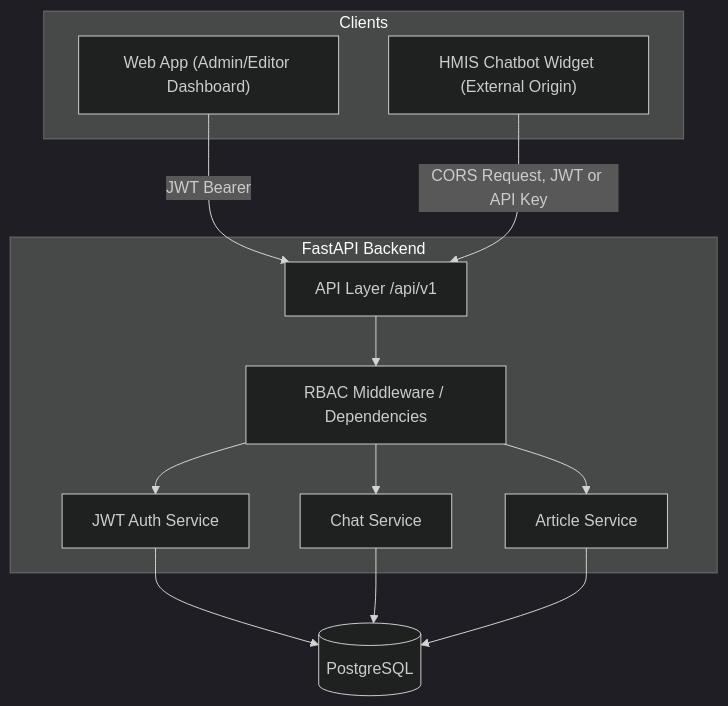
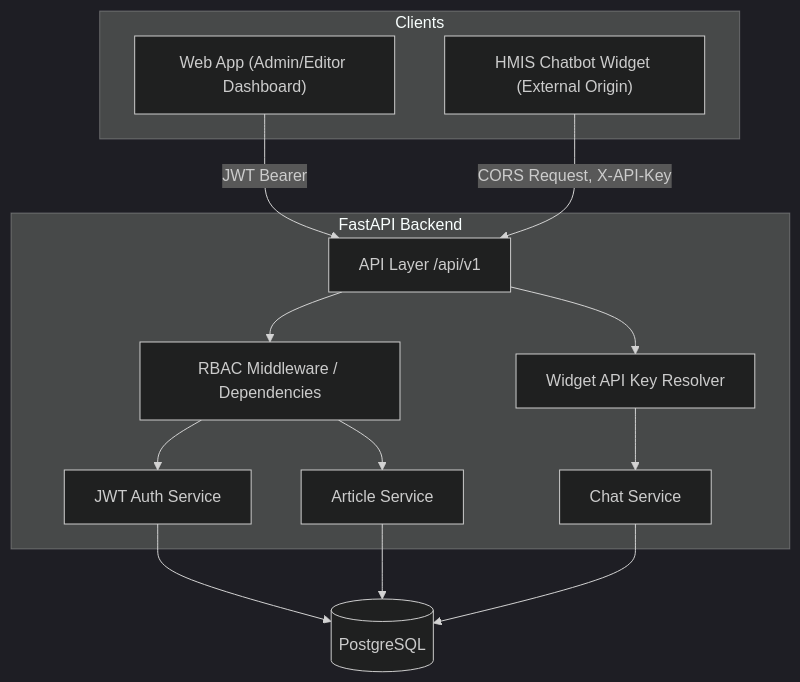
One commit to Hakeem-A/healthtech-kb changed the diagram in docs/architecture.md. Above: the diagram before and after it, drawn with Mermaid (dark theme). The commit also changed other lines of this file and 4 other files, not shown here.

First line of the commit message:
docs: correct architecture.md, README, and API contract to match implementation

````diff
--- a/docs/architecture.md
+++ b/docs/architecture.md
@@ -48,30 +63,32 @@
 ```mermaid
 flowchart TD
 
     subgraph Clients
         WebApp["Web App (Admin/Editor Dashboard)"]
         Widget["HMIS Chatbot Widget (External Origin)"]
     end
 
     subgraph Backend["FastAPI Backend"]
         API[API Layer /api/v1]
         AuthSvc[JWT Auth Service]
+        WidgetAuth[Widget API Key Resolver]
         RBAC[RBAC Middleware / Dependencies]
         ChatSvc[Chat Service]
         ArticleSvc[Article Service]
     end
 
     DB[(PostgreSQL)]
 
     WebApp -->|JWT Bearer| API
-    Widget -->|CORS Request, JWT or API Key| API
+    Widget -->|CORS Request, X-API-Key| API
 
     API --> RBAC
+    API --> WidgetAuth
     RBAC --> AuthSvc
-    RBAC --> ChatSvc
+    WidgetAuth --> ChatSvc
     RBAC --> ArticleSvc
 
     AuthSvc --> DB
     ChatSvc --> DB
     ArticleSvc --> DB
 ```
````
